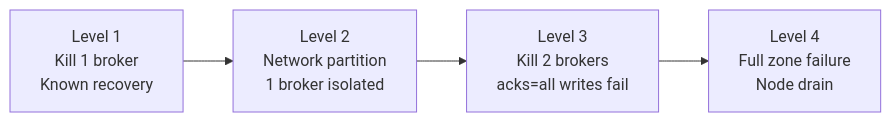
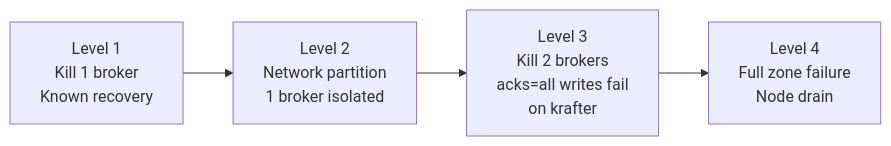
One commit to bmscomp/kates changed the third of 8 diagrams in docs/book/06-chaos-theory.md. Above: the diagram before and after it, drawn with Mermaid. The commit also changed other lines of this file and 1 other file, not shown here.

````diff
--- a/docs/book/06-chaos-theory.md
+++ b/docs/book/06-chaos-theory.md
@@ -121,7 +121,7 @@
 ```mermaid
 %%| label: fig-chaos-escalation
 %%| fig-cap: "Escalate one rung at a time: from one broker with a known recovery, to two brokers, to a whole zone."
-%%| fig-alt: "Four levels left to right. Level 1: kill 1 broker, with a known recovery. Level 2: a network partition that isolates 1 broker. Level 3: kill 2 brokers, where acks=all writes fail. Level 4: a full zone failure, by node drain."
+%%| fig-alt: "Four levels left to right. Level 1: kill 1 broker, with a known recovery. Level 2: a network partition that isolates 1 broker. Level 3: kill 2 brokers, where acks=all writes fail on the krafter Kafka cluster, whose min.insync.replicas is 2. Level 4: a full zone failure, by node drain."
 graph LR
-    L1["Level 1<br/>Kill 1 broker<br/>Known recovery"] --> L2["Level 2<br/>Network partition<br/>1 broker isolated"] --> L3["Level 3<br/>Kill 2 brokers<br/>acks=all writes fail"] --> L4["Level 4<br/>Full zone failure<br/>Node drain"]
+    L1["Level 1<br/>Kill 1 broker<br/>Known recovery"] --> L2["Level 2<br/>Network partition<br/>1 broker isolated"] --> L3["Level 3<br/>Kill 2 brokers<br/>acks=all writes fail<br/>on krafter"] --> L4["Level 4<br/>Full zone failure<br/>Node drain"]
 ```
````
